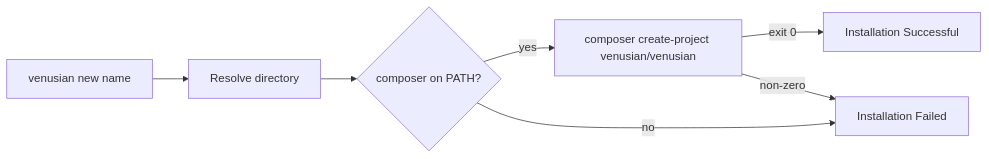
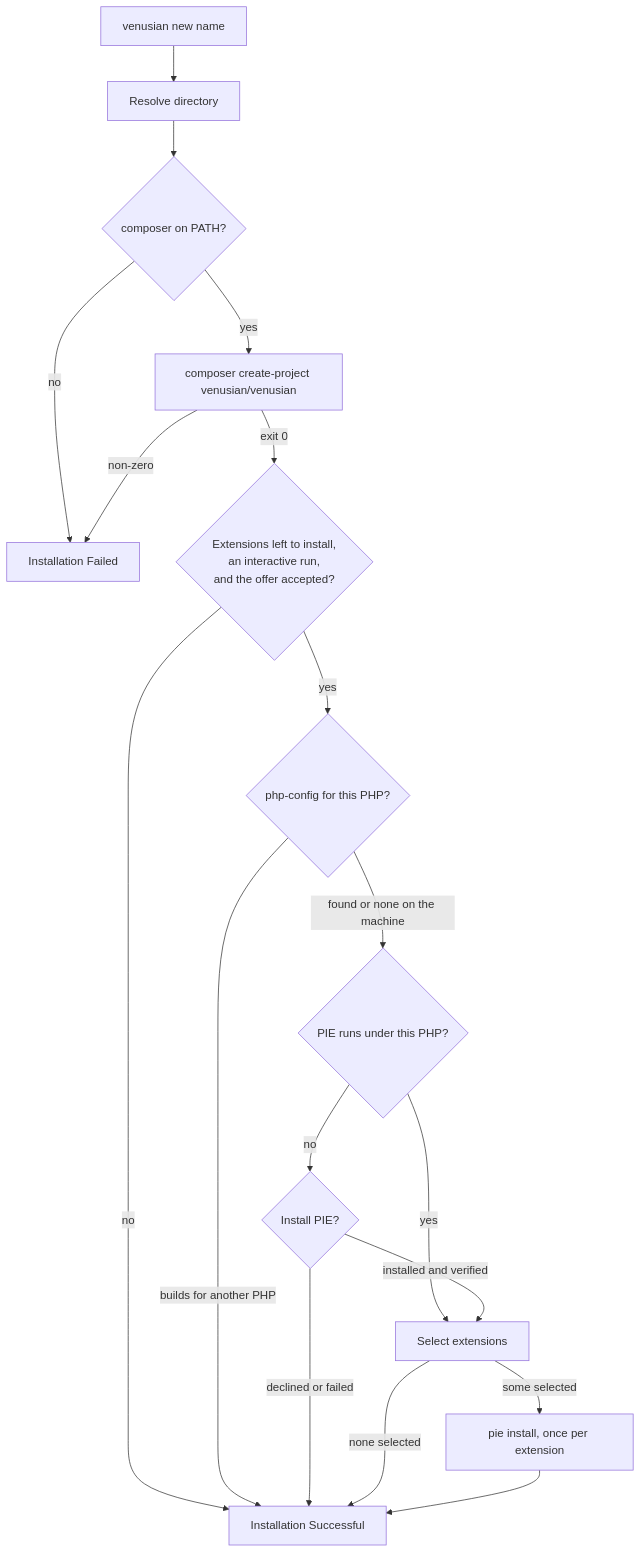
One commit to VenusianPHP/installer changed the diagram in README.md. Above: the diagram before and after it, drawn with Mermaid. The commit also changed other lines of this file and 46 other files, not shown here.

First line of the commit message:
(0.10.1) - Add PIE extension install workflow and command

````diff
--- a/README.md
+++ b/README.md
@@ -44,9 +76,20 @@
 ```mermaid
-flowchart LR
+flowchart TD
     A[venusian new name] --> B[Resolve directory]
     B --> C{composer on PATH?}
+    C -- no --> E[Installation Failed]
     C -- yes --> D[composer create-project venusian/venusian]
-    C -- no --> E[Installation Failed]
-    D -- exit 0 --> F[Installation Successful]
     D -- non-zero --> E
+    D -- exit 0 --> G{"Extensions left to install,<br>an interactive run,<br>and the offer accepted?"}
+    G -- no --> F[Installation Successful]
+    G -- yes --> H{php-config for this PHP?}
+    H -- builds for another PHP --> F
+    H -- found or none on the machine --> I{PIE runs under this PHP?}
+    I -- yes --> K[Select extensions]
+    I -- no --> J{Install PIE?}
+    J -- declined or failed --> F
+    J -- installed and verified --> K
+    K -- none selected --> F
+    K -- some selected --> L[pie install, once per extension]
+    L --> F
 ```
````
